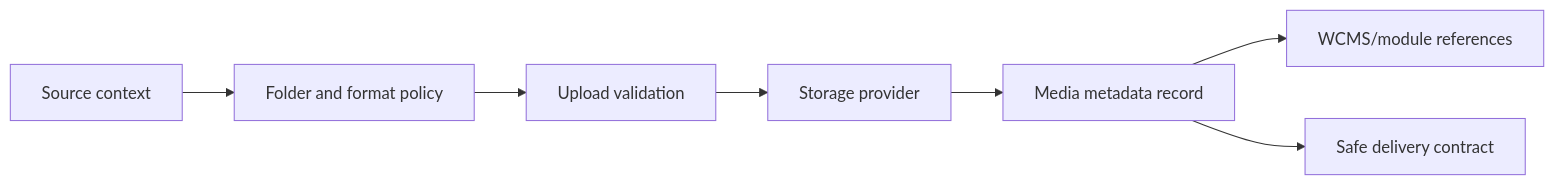
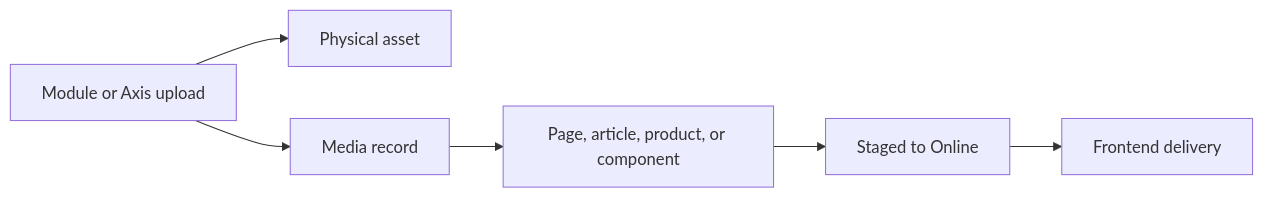
One commit to Nodics/nodics.ai changed the diagram in nodics.docs/docs/pages/nodics.wcms/media-management.md. Above: the diagram before and after it, drawn with Mermaid. The commit also changed other lines of this file and 92 other files, not shown here.

````diff
--- a/nodics.docs/docs/pages/nodics.wcms/media-management.md
+++ b/nodics.docs/docs/pages/nodics.wcms/media-management.md
@@ -30,9 +10,8 @@
 ```mermaid
 flowchart LR
-  Source["Source context"] --> Policy["Folder and format policy"]
-  Policy --> Upload["Upload validation"]
-  Upload --> Provider["Storage provider"]
-  Provider --> Record["Media metadata record"]
-  Record --> Reference["WCMS/module references"]
-  Record --> Delivery["Safe delivery contract"]
+  Source["Module or Axis upload"] --> Asset["Physical asset"]
+  Source --> Media["Media record"]
+  Media --> Usage["Page, article, product, or component"]
+  Usage --> Publish["Staged to Online"]
+  Publish --> Delivery["Frontend delivery"]
 ```
````
